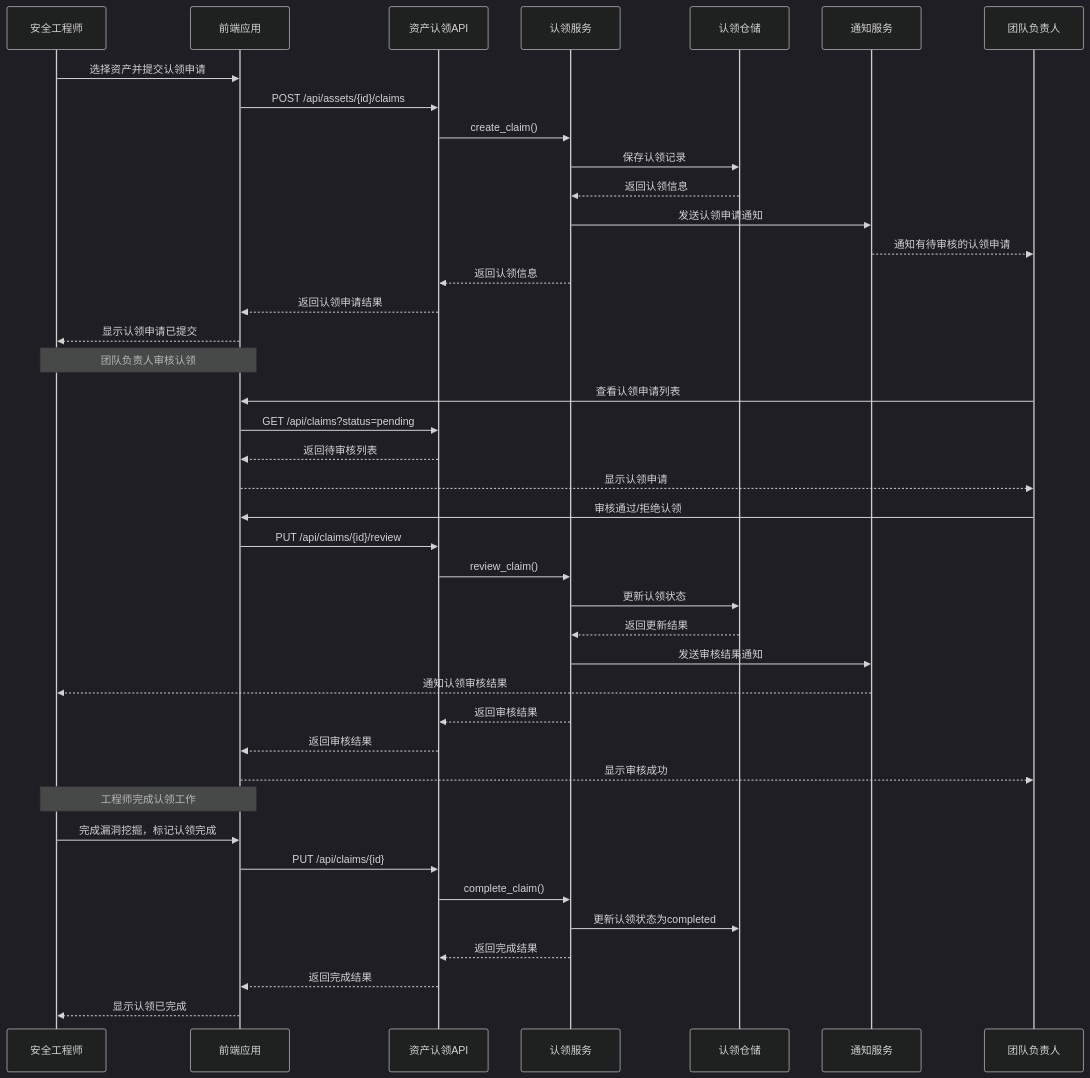
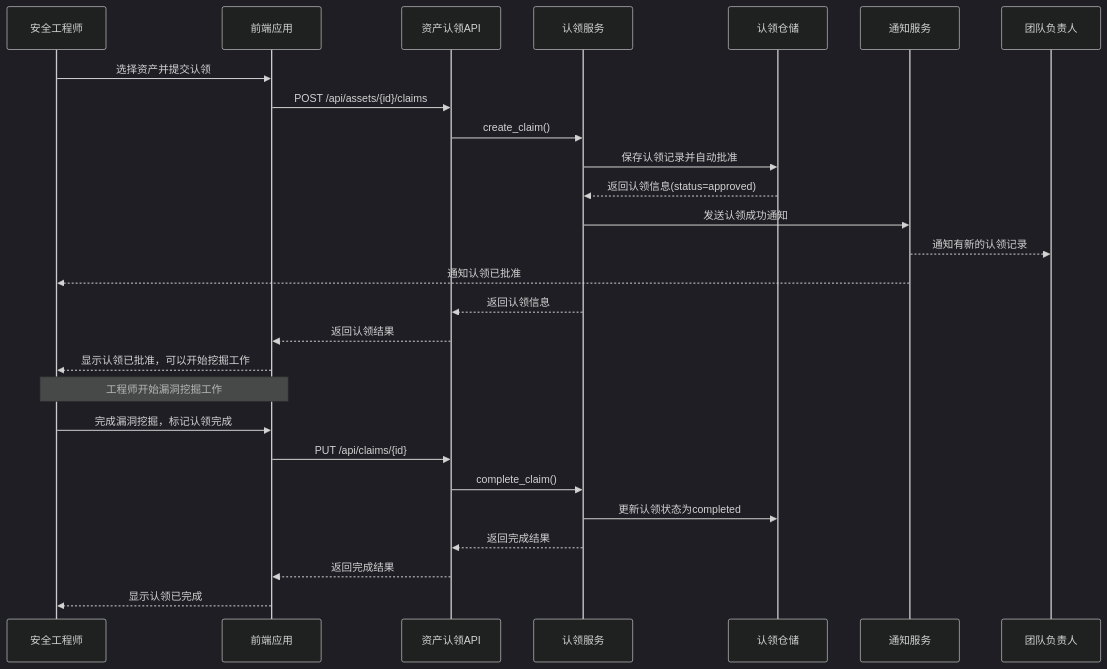
One commit to dayutech/Vuln-Audit-Lifecycle-Management changed the tenth of 14 diagrams in docs/design/sequence_diagram.md. Above: the diagram before and after it, drawn with Mermaid (dark theme). The commit also changed other lines of this file and 7 other files, not shown here.

````diff
--- a/docs/design/sequence_diagram.md
+++ b/docs/design/sequence_diagram.md
@@ -304,49 +310,32 @@
 ```mermaid
 sequenceDiagram
     participant Engineer as 安全工程师
     participant Frontend as 前端应用
     participant ClaimAPI as 资产认领API
     participant ClaimService as 认领服务
     participant ClaimRepo as 认领仓储
     participant NotifyService as 通知服务
     participant Leader as 团队负责人
 
-    Engineer->>Frontend: 选择资产并提交认领申请
+    Engineer->>Frontend: 选择资产并提交认领
     Frontend->>ClaimAPI: POST /api/assets/{id}/claims
     ClaimAPI->>ClaimService: create_claim()
-    ClaimService->>ClaimRepo: 保存认领记录
-    ClaimRepo-->>ClaimService: 返回认领信息
-    ClaimService->>NotifyService: 发送认领申请通知
-    NotifyService-->>Leader: 通知有待审核的认领申请
+    ClaimService->>ClaimRepo: 保存认领记录并自动批准
+    ClaimRepo-->>ClaimService: 返回认领信息(status=approved)
+    ClaimService->>NotifyService: 发送认领成功通知
+    NotifyService-->>Leader: 通知有新的认领记录
+    NotifyService-->>Engineer: 通知认领已批准
     ClaimService-->>ClaimAPI: 返回认领信息
-    ClaimAPI-->>Frontend: 返回认领申请结果
-    Frontend-->>Engineer: 显示认领申请已提交
+    ClaimAPI-->>Frontend: 返回认领结果
+    Frontend-->>Engineer: 显示认领已批准，可以开始挖掘工作
 
-    Note over Engineer,Frontend: 团队负责人审核认领
-
-    Leader->>Frontend: 查看认领申请列表
-    Frontend->>ClaimAPI: GET /api/claims?status=pending
-    ClaimAPI-->>Frontend: 返回待审核列表
-    Frontend-->>Leader: 显示认领申请
-
-    Leader->>Frontend: 审核通过/拒绝认领
-    Frontend->>ClaimAPI: PUT /api/claims/{id}/review
-    ClaimAPI->>ClaimService: review_claim()
-    ClaimService->>ClaimRepo: 更新认领状态
-    ClaimRepo-->>ClaimService: 返回更新结果
-    ClaimService->>NotifyService: 发送审核结果通知
-    NotifyService-->>Engineer: 通知认领审核结果
-    ClaimService-->>ClaimAPI: 返回审核结果
-    ClaimAPI-->>Frontend: 返回审核结果
-    Frontend-->>Leader: 显示审核成功
-
-    Note over Engineer,Frontend: 工程师完成认领工作
+    Note over Engineer,Frontend: 工程师开始漏洞挖掘工作
 
     Engineer->>Frontend: 完成漏洞挖掘，标记认领完成
     Frontend->>ClaimAPI: PUT /api/claims/{id}
     ClaimAPI->>ClaimService: complete_claim()
     ClaimService->>ClaimRepo: 更新认领状态为completed
     ClaimService-->>ClaimAPI: 返回完成结果
     ClaimAPI-->>Frontend: 返回完成结果
     Frontend-->>Engineer: 显示认领已完成
 ```
````
